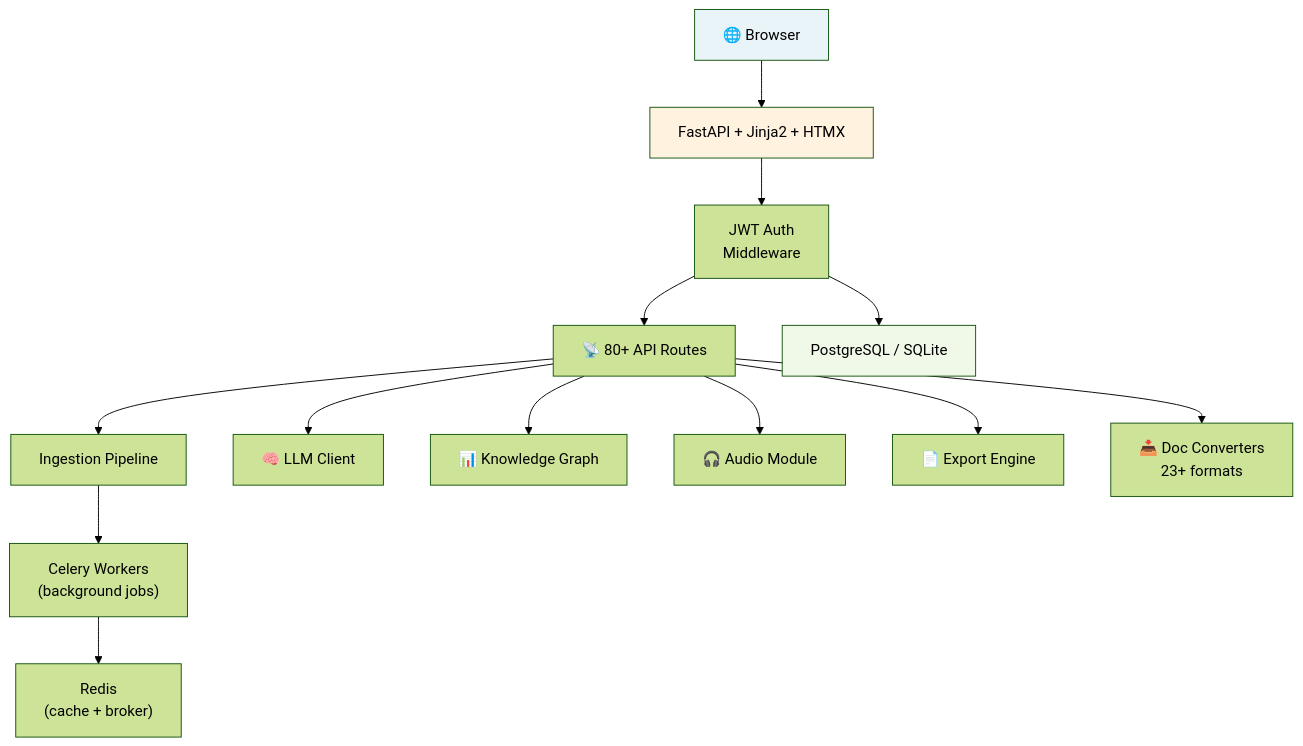
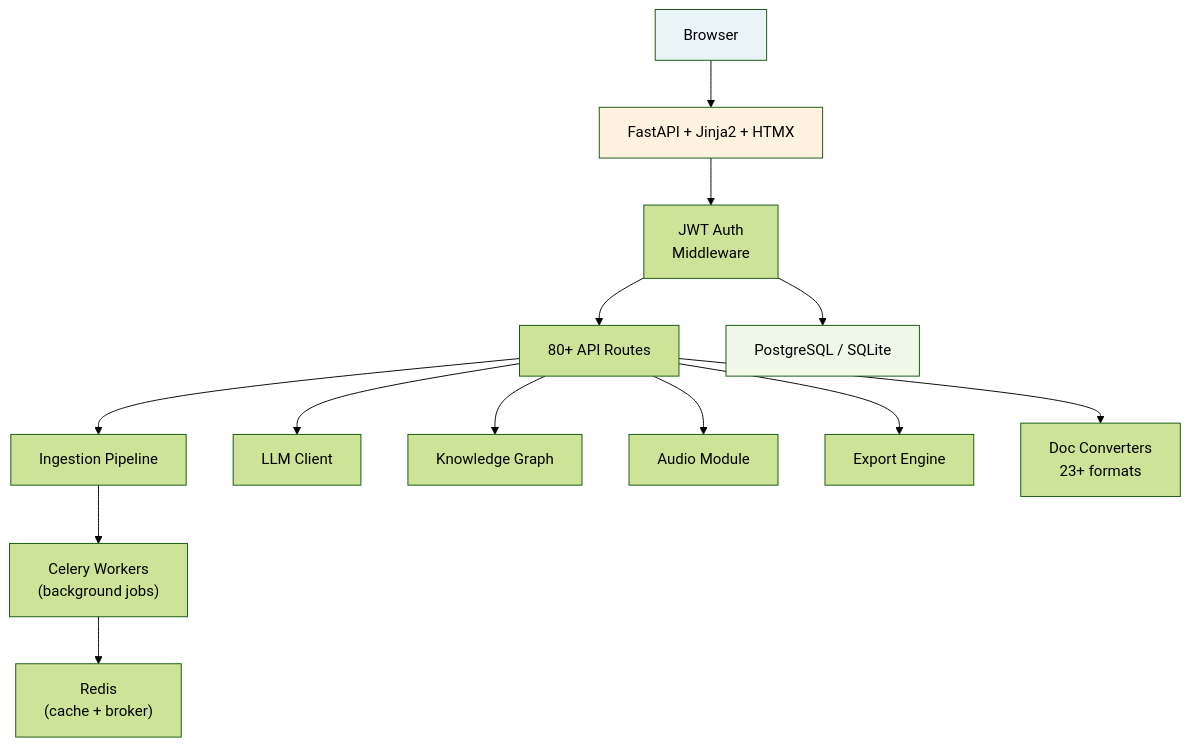
One commit to abxba0/ppke changed the second of 4 diagrams in README.md. Above: the diagram before and after it, drawn with Mermaid (forest theme). The commit also changed other lines of this file and 31 other files, not shown here.

````diff
--- a/README.md
+++ b/README.md
@@ -301,19 +301,19 @@
 ```mermaid
 flowchart TD
-    Browser["🌐 Browser"] --> FastAPI["FastAPI + Jinja2 + HTMX"]
+    Browser["Browser"] --> FastAPI["FastAPI + Jinja2 + HTMX"]
     FastAPI --> Auth["JWT Auth\nMiddleware"]
-    Auth --> Routes["📡 80+ API Routes"]
+    Auth --> Routes["80+ API Routes"]
     Routes --> Pipeline["Ingestion Pipeline"]
-    Routes --> LLM["🧠 LLM Client"]
-    Routes --> Graph["📊 Knowledge Graph"]
-    Routes --> Audio["🎧 Audio Module"]
-    Routes --> Export["📄 Export Engine"]
-    Routes --> Converters["📥 Doc Converters\n23+ formats"]
+    Routes --> LLM["LLM Client"]
+    Routes --> Graph["Knowledge Graph"]
+    Routes --> Audio["Audio Module"]
+    Routes --> Export["Export Engine"]
+    Routes --> Converters["Doc Converters\n23+ formats"]
     Pipeline --> Celery["Celery Workers\n(background jobs)"]
     Celery --> Redis["Redis\n(cache + broker)"]
     Auth --> DB["PostgreSQL / SQLite"]
 
     style Browser fill:#e8f4f8
     style FastAPI fill:#fff3e0
     style DB fill:#f0f8e8
 ```
````
